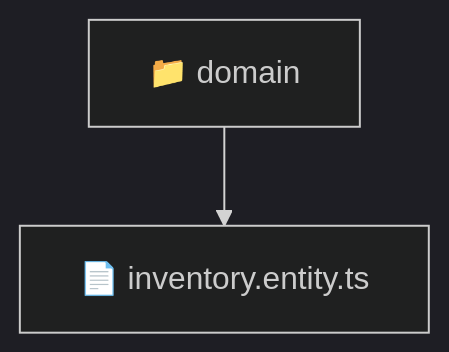
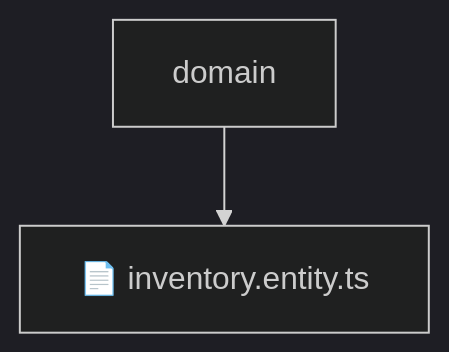
One commit to beginwebdev2002/fullstack-mavluda changed the diagram in backend/src/modules/inventory/domain/README.md. Above: the diagram before and after it, drawn with Mermaid (dark theme). The commit also changed other lines of this file and 155 other files, not shown here.

````diff
--- a/backend/src/modules/inventory/domain/README.md
+++ b/backend/src/modules/inventory/domain/README.md
@@ -10,5 +14,5 @@
 ```mermaid
 graph TD
-  Root["📁 domain"]
-  Root --> inventoryentityts["📄 inventory.entity.ts"]
+    Root[domain]
+    Root --> F0[📄 inventory.entity.ts]
 ```
````
